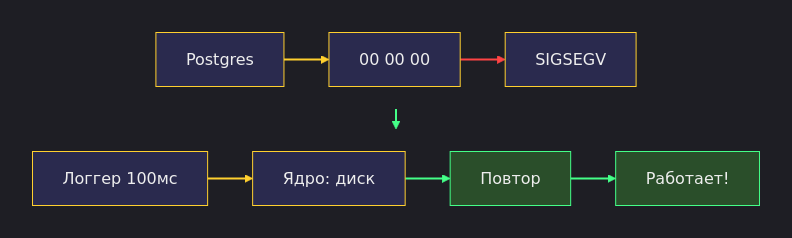
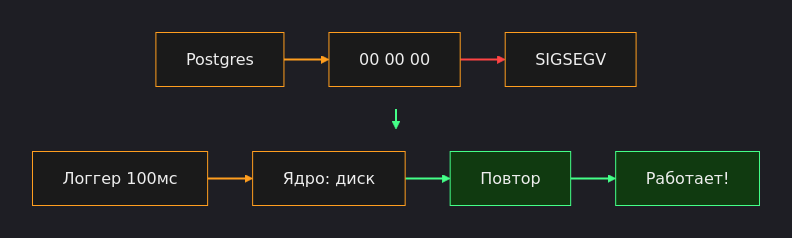
Before and after one commit to polarnik/postgresql-system-issue-story: the diagram in docs/diagrams/resurrection-4.mmd, drawn with Mermaid. The commit also changed 39 other files, not shown here.

```diff
--- a/docs/diagrams/resurrection-4.mmd
+++ b/docs/diagrams/resurrection-4.mmd
@@ -1,30 +1,30 @@
-%%{init: {'theme': 'dark', 'themeVariables': { 'primaryColor': '#1a1a2e', 'primaryTextColor': '#eee', 'lineColor': '#FFD02F'}, 'flowchart': { 'nodeSpacing': 25, 'rankSpacing': 20 }}}%%
+%%{init: {'theme': 'dark', 'themeVariables': { 'primaryColor': '#000000', 'primaryTextColor': '#eee', 'lineColor': '#ff9e1f'}, 'flowchart': { 'nodeSpacing': 25, 'rankSpacing': 20 }}}%%
 
 flowchart TB
-    classDef done fill:#2a2a4e,stroke:#FFD02F,color:#eee
-    classDef active fill:#3a2a1e,stroke:#FFD02F,color:#FFD02F
-    classDef pending fill:#1e1e30,stroke:#444,color:#666
-    classDef error fill:#4e2a2a,stroke:#ff4444,color:#eee
-    classDef success fill:#2a4e2a,stroke:#44ff88,color:#eee
+    classDef done fill:#1a1a1a,stroke:#ff9e1f,color:#eee
+    classDef active fill:#2a1500,stroke:#ff9e1f,color:#ff9e1f
+    classDef pending fill:#111111,stroke:#444,color:#666
+    classDef error fill:#3a1010,stroke:#ff4444,color:#eee
+    classDef success fill:#103a10,stroke:#44ff88,color:#eee
 
     subgraph S1 [" "]
         direction LR
         A["Postgres"]:::done --> B["00 00 00"]:::done --> C["SIGSEGV"]:::done
     end
 
     subgraph S2 [" "]
         direction LR
         D["Логгер 100мс"]:::done --> E["Ядро: диск"]:::done --> F["Повтор"]:::success --> G["Работает!"]:::success
     end
 
     S1 --> S2
 
-    linkStyle 0 stroke:#FFD02F,stroke-width:2px
+    linkStyle 0 stroke:#ff9e1f,stroke-width:2px
     linkStyle 1 stroke:#ff4444,stroke-width:2px
-    linkStyle 2 stroke:#FFD02F,stroke-width:2px
+    linkStyle 2 stroke:#ff9e1f,stroke-width:2px
     linkStyle 3 stroke:#44ff88,stroke-width:2px
     linkStyle 4 stroke:#44ff88,stroke-width:2px
     linkStyle 5 stroke:#44ff88,stroke-width:2px
 
     style S1 fill:transparent,stroke:transparent
     style S2 fill:transparent,stroke:transparent
```
